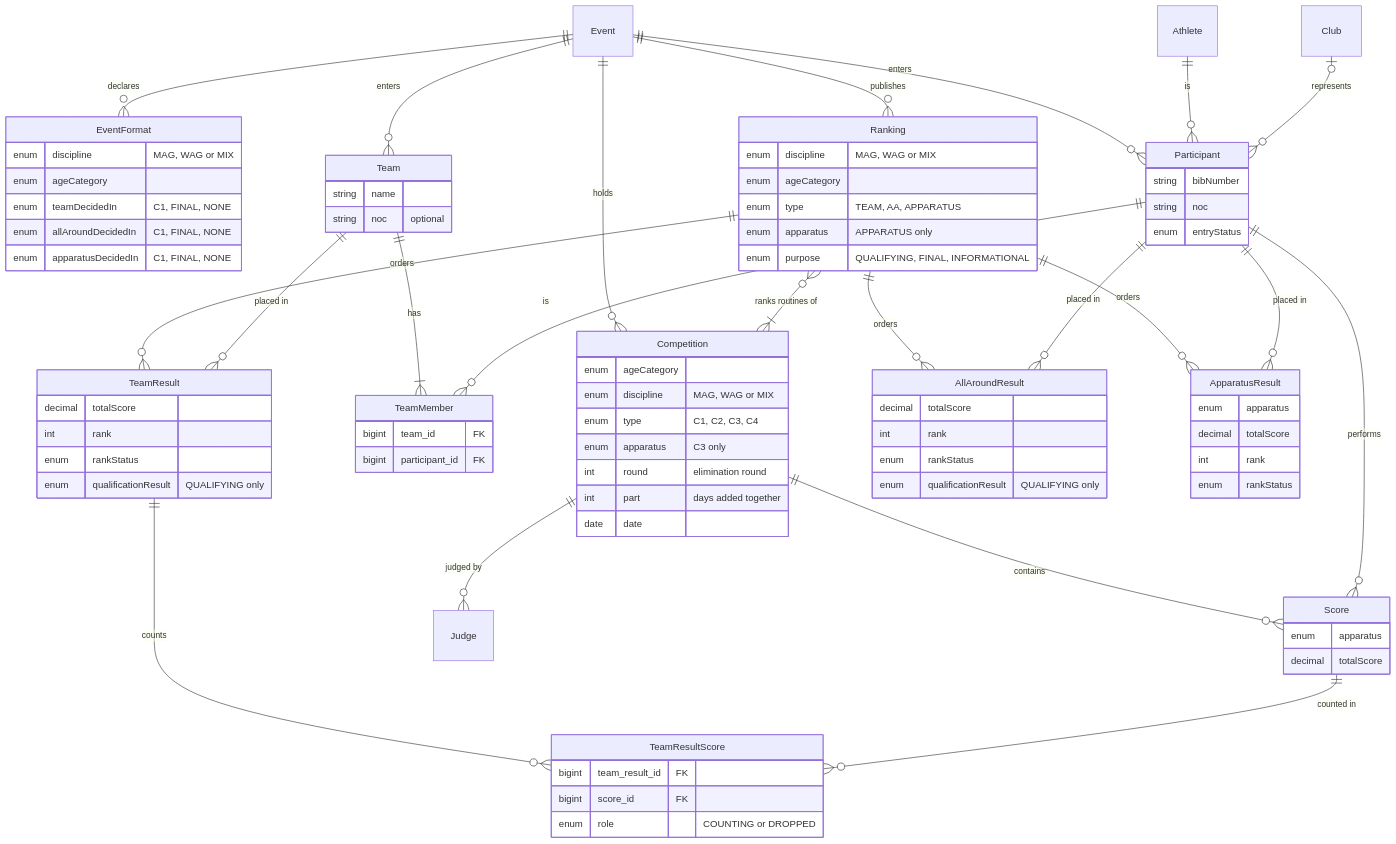
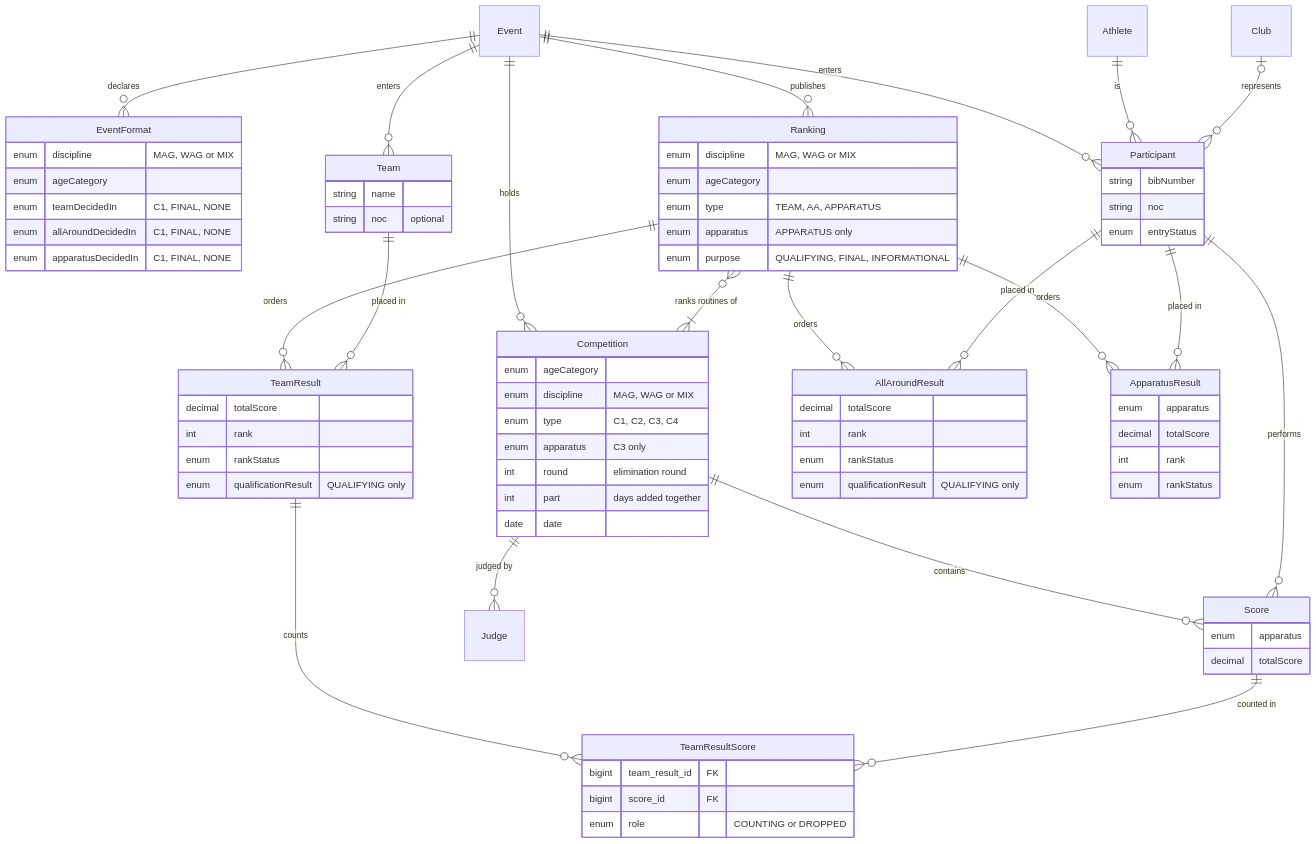
The diagram in backend/docs/competition-models.md (doubletuck/gym-meet), drawn with Mermaid before and after one commit. The commit also changed other lines of this file and 75 other files, not shown here.

```diff
--- a/backend/docs/competition-models.md
+++ b/backend/docs/competition-models.md
@@ -270,8 +284,6 @@
     Competition ||--o{ Judge : "judged by"
     Participant ||--o{ Score : "performs"
     Ranking }o--|{ Competition : "ranks routines of"
-    Team ||--|{ TeamMember : "has"
-    Participant ||--o{ TeamMember : "is"
     Ranking ||--o{ TeamResult : "orders"
     Ranking ||--o{ AllAroundResult : "orders"
     Ranking ||--o{ ApparatusResult : "orders"
@@ -308,10 +320,6 @@
         string name
         string noc "optional"
     }
-    TeamMember {
-        bigint team_id FK
-        bigint participant_id FK
-    }
     Score {
         enum apparatus
         decimal totalScore
```
